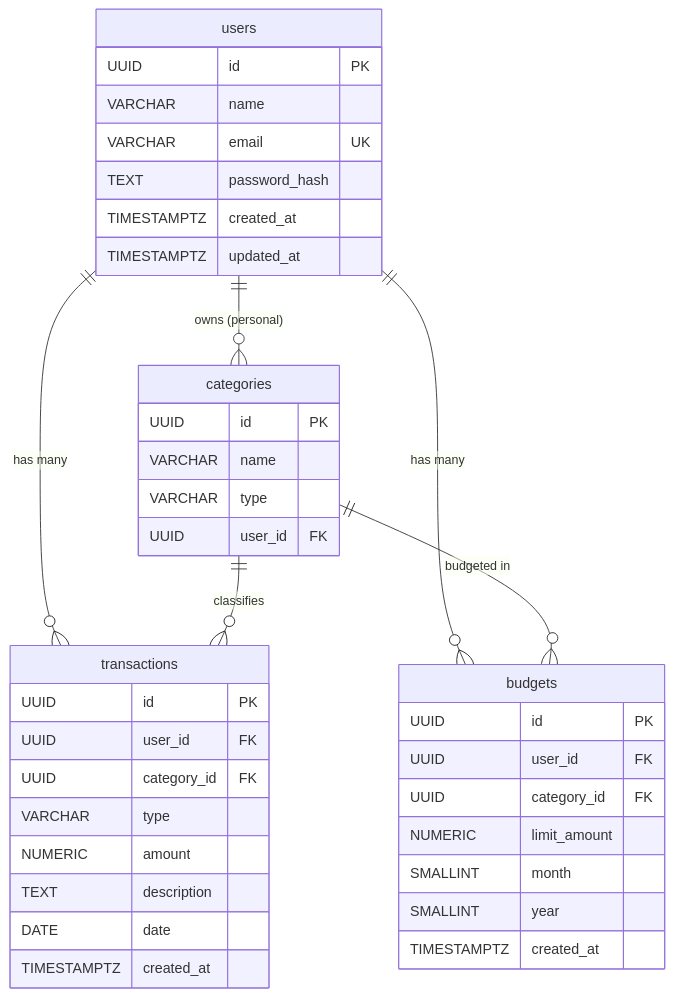
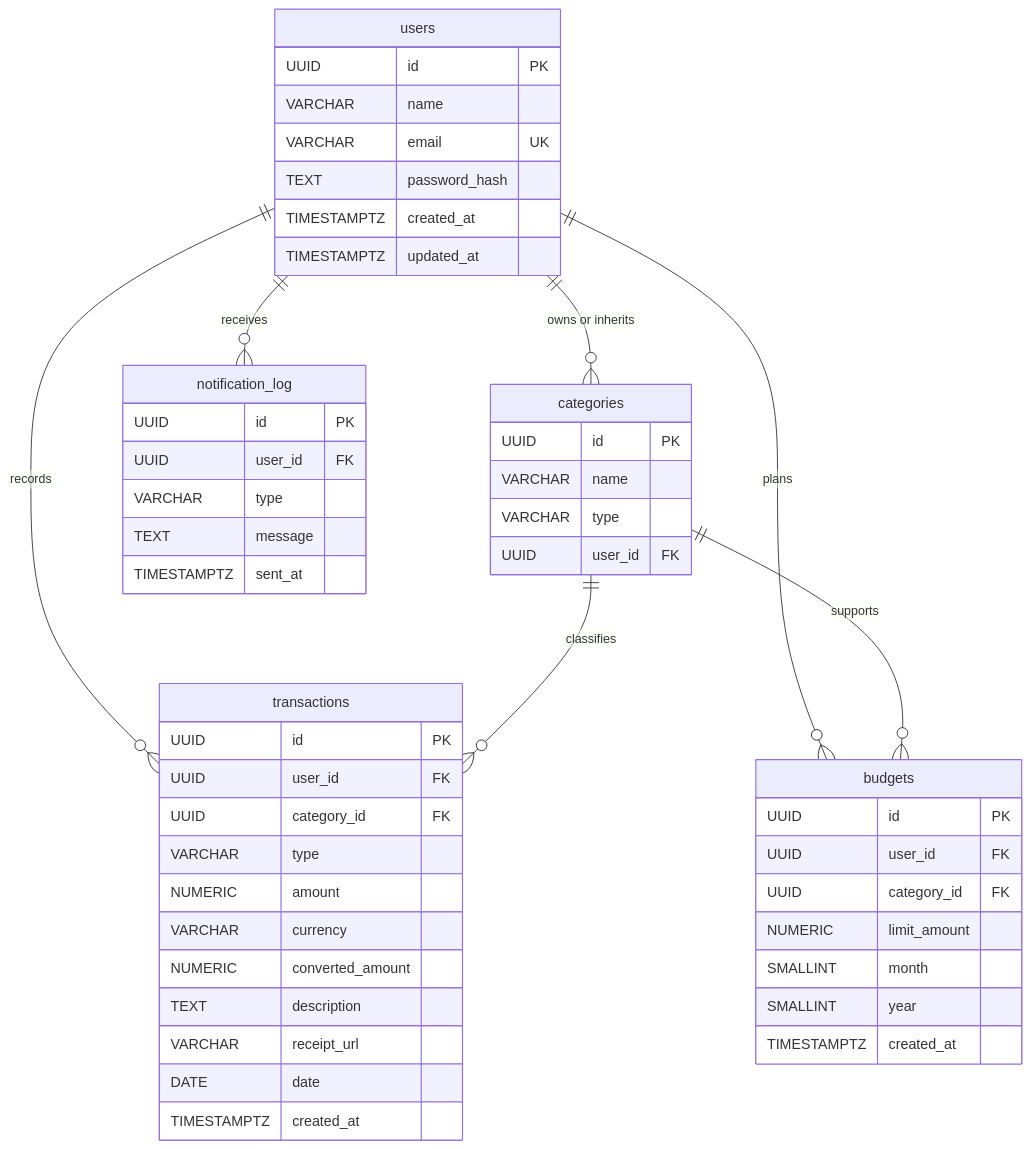
Before and after one commit to ANANYA542/Nexora: the first of 4 diagrams in README.md, drawn with Mermaid. The commit also changed other lines of this file and 1 other file, not shown here.

Commit message:
docs(core): comprehensively document architecture

````diff
--- a/README.md
+++ b/README.md
@@ -156,45 +140,57 @@
 ```mermaid
 erDiagram
     users {
         UUID id PK
         VARCHAR name
         VARCHAR email UK
         TEXT password_hash
         TIMESTAMPTZ created_at
         TIMESTAMPTZ updated_at
     }
 
     categories {
         UUID id PK
         VARCHAR name
         VARCHAR type
         UUID user_id FK
     }
 
     transactions {
         UUID id PK
         UUID user_id FK
         UUID category_id FK
         VARCHAR type
         NUMERIC amount
+        VARCHAR currency
+        NUMERIC converted_amount
         TEXT description
+        VARCHAR receipt_url
         DATE date
         TIMESTAMPTZ created_at
     }
 
     budgets {
         UUID id PK
         UUID user_id FK
         UUID category_id FK
         NUMERIC limit_amount
         SMALLINT month
         SMALLINT year
         TIMESTAMPTZ created_at
     }
 
-    users ||--o{ transactions : "has many"
-    users ||--o{ budgets : "has many"
-    users ||--o{ categories : "owns (personal)"
+    notification_log {
+        UUID id PK
+        UUID user_id FK
+        VARCHAR type
+        TEXT message
+        TIMESTAMPTZ sent_at
+    }
+
+    users ||--o{ categories : "owns or inherits"
+    users ||--o{ transactions : "records"
+    users ||--o{ budgets : "plans"
+    users ||--o{ notification_log : "receives"
     categories ||--o{ transactions : "classifies"
-    categories ||--o{ budgets : "budgeted in"
+    categories ||--o{ budgets : "supports"
 ```
````
